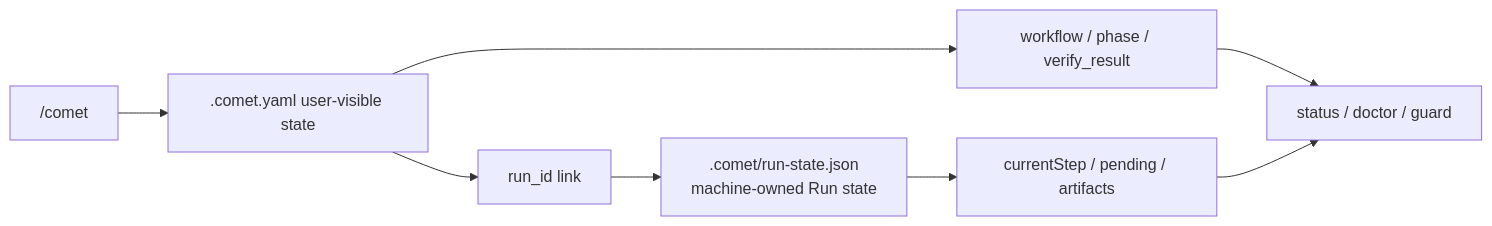
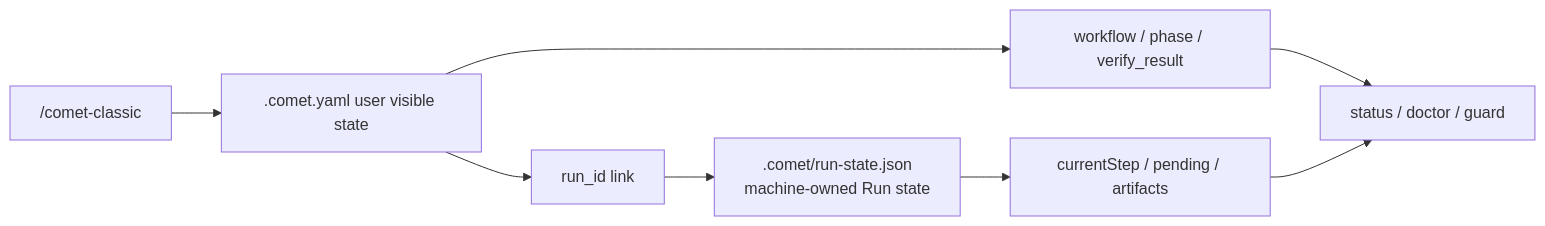
The third of 3 diagrams in en/skill-creator/engine.mdx (rpamis/comet-website-docs), drawn with Mermaid before and after one commit. The commit also changed other lines of this file and 158 other files, not shown here.

````diff
--- a/en/skill-creator/engine.mdx
+++ b/en/skill-creator/engine.mdx
@@ -399,10 +433,10 @@
 ```mermaid
 flowchart LR
-  A["/comet"] --> B[".comet.yaml user-visible state"]
-  B --> C["run_id link"]
+  A["/comet-classic"] --> B[".comet.yaml user visible state"]
+  B --> C[""run_id link""]
   C --> D[".comet/run-state.json<br/>machine-owned Run state"]
   B --> E["workflow / phase / verify_result"]
   D --> F["currentStep / pending / artifacts"]
   E --> G["status / doctor / guard"]
   F --> G
 ```
````
